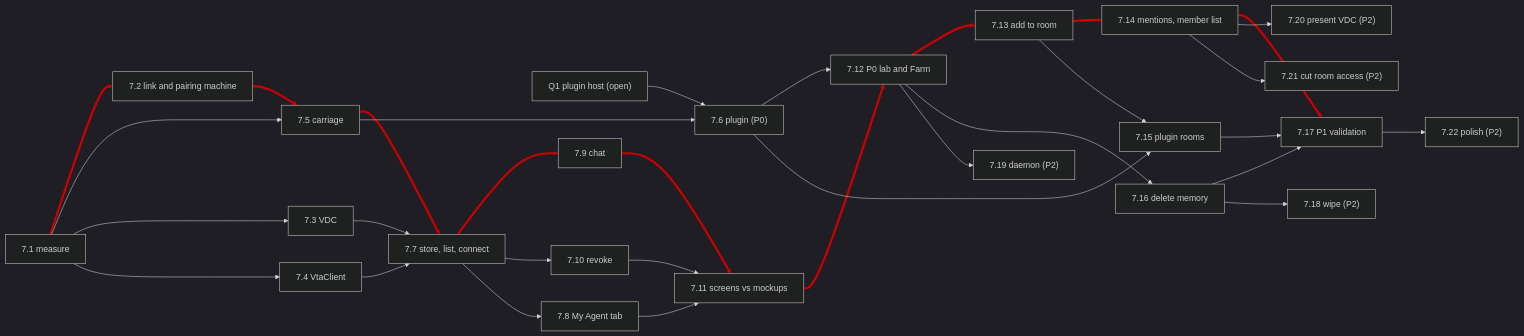
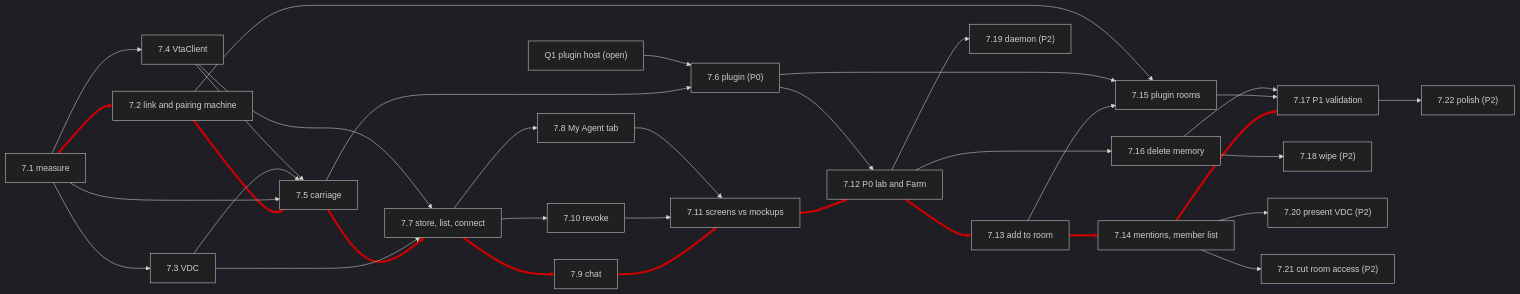
One commit to berkmancenter/keyring-wallet changed the fourth of 4 diagrams in docs/plans/agent-connect-plan.md. Above: the diagram before and after it, drawn with Mermaid (dark theme). The commit also changed other lines of this file, not shown here.

````diff
--- a/docs/plans/agent-connect-plan.md
+++ b/docs/plans/agent-connect-plan.md
@@ -972,58 +972,61 @@
 ```mermaid
 flowchart LR
   Q1["Q1 plugin host (open)"]
   p1["7.1 measure"]
   p2["7.2 link and pairing machine"]
   p3["7.3 VDC"]
   p4["7.4 VtaClient"]
   p5["7.5 carriage"]
   p6["7.6 plugin (P0)"]
   p7["7.7 store, list, connect"]
   p8["7.8 My Agent tab"]
   p9["7.9 chat"]
   p10["7.10 revoke"]
   p11["7.11 screens vs mockups"]
   p12["7.12 P0 lab and Farm"]
   p13["7.13 add to room"]
   p14["7.14 mentions, member list"]
   p15["7.15 plugin rooms"]
   p16["7.16 delete memory"]
   p17["7.17 P1 validation"]
   p18["7.18 wipe (P2)"]
   p19["7.19 daemon (P2)"]
   p20["7.20 present VDC (P2)"]
   p21["7.21 cut room access (P2)"]
   p22["7.22 polish (P2)"]
   p1 --> p2
   p2 --> p5
   p5 --> p7
   p7 --> p9
   p9 --> p11
   p11 --> p12
   p3 --> p7
   p4 --> p7
   p7 --> p10
   p10 --> p11
   p8 --> p11
   p5 --> p6
   p6 --> p12
   Q1 --> p6
   p12 --> p13
   p13 --> p14
   p13 --> p15
   p6 --> p15
   p12 --> p16
   p14 --> p17
   p15 --> p17
   p16 --> p17
   p16 --> p18
   p14 --> p20
   p14 --> p21
   p17 --> p22
   p12 --> p19
   p1 --> p5
   p1 --> p3
   p1 --> p4
   p7 --> p8
+  p3 --> p5
+  p4 --> p5
+  p2 --> p15
   linkStyle 0,1,2,3,4,5,14,15,19 stroke:#c00,stroke-width:4px
 ```
````
